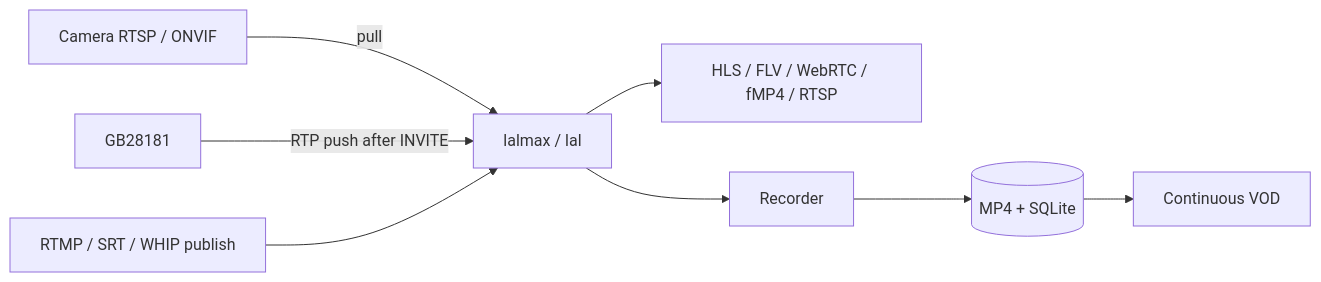
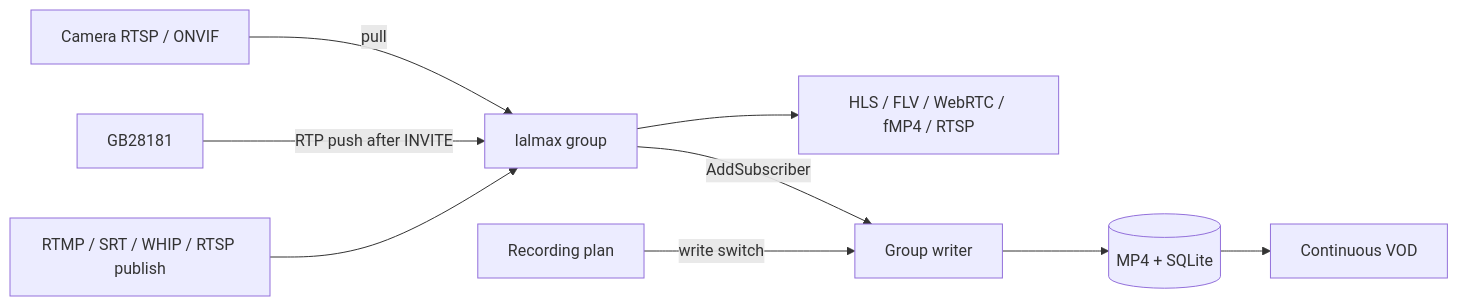
Before and after one commit to lalmax-pro/lalmax-nvr: the diagram in README.md, drawn with Mermaid. The commit also changed other lines of this file and 3 other files, not shown here.

First line of the commit message:
docs: align README and architecture with the group writer

````diff
--- a/README.md
+++ b/README.md
@@ -36,10 +36,11 @@
 ```mermaid
 flowchart LR
-  Cam[Camera RTSP / ONVIF] -->|pull| Lalmax[lalmax / lal]
-  GB[GB28181] -->|RTP push after INVITE| Lalmax
-  Push[RTMP / SRT / WHIP publish] --> Lalmax
-  Lalmax --> Live[HLS / FLV / WebRTC / fMP4 / RTSP]
-  Lalmax --> Rec[Recorder]
+  Cam[Camera RTSP / ONVIF] -->|pull| Group[lalmax group]
+  GB[GB28181] -->|RTP push after INVITE| Group
+  Push[RTMP / SRT / WHIP / RTSP publish] --> Group
+  Group --> Live[HLS / FLV / WebRTC / fMP4 / RTSP]
+  Group -->|AddSubscriber| Rec[Group writer]
+  Plan[Recording plan] -->|write switch| Rec
   Rec --> Disk[(MP4 + SQLite)]
   Disk --> VOD[Continuous VOD]
 ```
````
